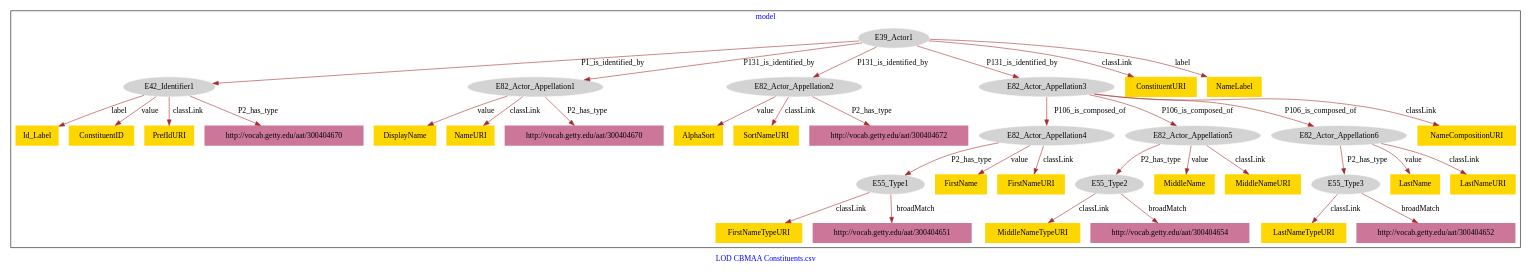
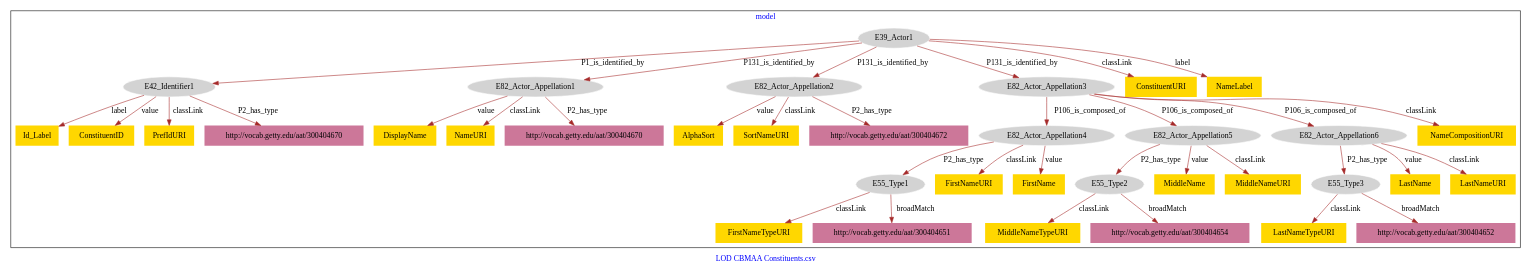
Before and after one commit to american-art/cbm: the diagram in CBMAA_Constituents/CBMAA_Constituents-model.dot, drawn with Graphviz.

Commit message:
Update file CBMAA_Constituents-model.dot

```diff
--- a/CBMAA_Constituents/CBMAA_Constituents-model.dot
+++ b/CBMAA_Constituents/CBMAA_Constituents-model.dot
@@ -1,79 +1,79 @@
 digraph n0 {
 fontcolor="blue"
 remincross="true"
 label="LOD CBMAA Constituents.csv"
 subgraph cluster {
 label="model"
 n2[style="filled",color="white",fillcolor="lightgray",label="E39_Actor1"];
 n3[style="filled",color="white",fillcolor="lightgray",label="E42_Identifier1"];
 n4[style="filled",color="white",fillcolor="lightgray",label="E82_Actor_Appellation1"];
 n5[style="filled",color="white",fillcolor="lightgray",label="E82_Actor_Appellation2"];
 n6[style="filled",color="white",fillcolor="lightgray",label="E82_Actor_Appellation3"];
 n7[style="filled",color="white",fillcolor="lightgray",label="E82_Actor_Appellation4"];
 n8[style="filled",color="white",fillcolor="lightgray",label="E82_Actor_Appellation5"];
 n9[style="filled",color="white",fillcolor="lightgray",label="E82_Actor_Appellation6"];
 n10[style="filled",color="white",fillcolor="lightgray",label="E55_Type1"];
 n11[style="filled",color="white",fillcolor="lightgray",label="E55_Type2"];
 n12[style="filled",color="white",fillcolor="lightgray",label="E55_Type3"];
-n13[shape="plaintext",style="filled",fillcolor="gold",label="FirstName"];
-n14[shape="plaintext",style="filled",fillcolor="gold",label="MiddleName"];
-n15[shape="plaintext",style="filled",fillcolor="gold",label="LastNameTypeURI"];
-n16[shape="plaintext",style="filled",fillcolor="gold",label="LastName"];
-n17[shape="plaintext",style="filled",fillcolor="gold",label="Id_Label"];
-n18[shape="plaintext",style="filled",fillcolor="gold",label="NameCompositionURI"];
-n19[shape="plaintext",style="filled",fillcolor="gold",label="ConstituentID"];
-n20[shape="plaintext",style="filled",fillcolor="gold",label="ConstituentURI"];
-n21[shape="plaintext",style="filled",fillcolor="gold",label="DisplayName"];
-n22[shape="plaintext",style="filled",fillcolor="gold",label="FirstNameURI"];
-n23[shape="plaintext",style="filled",fillcolor="gold",label="LastNameURI"];
-n24[shape="plaintext",style="filled",fillcolor="gold",label="PrefIdURI"];
-n25[shape="plaintext",style="filled",fillcolor="gold",label="MiddleNameURI"];
-n26[shape="plaintext",style="filled",fillcolor="gold",label="AlphaSort"];
-n27[shape="plaintext",style="filled",fillcolor="gold",label="MiddleNameTypeURI"];
-n28[shape="plaintext",style="filled",fillcolor="gold",label="NameLabel"];
-n29[shape="plaintext",style="filled",fillcolor="gold",label="FirstNameTypeURI"];
-n30[shape="plaintext",style="filled",fillcolor="gold",label="SortNameURI"];
-n31[shape="plaintext",style="filled",fillcolor="gold",label="NameURI"];
+n13[shape="plaintext",style="filled",fillcolor="gold",label="FirstNameURI"];
+n14[shape="plaintext",style="filled",fillcolor="gold",label="ConstituentURI"];
+n15[shape="plaintext",style="filled",fillcolor="gold",label="Id_Label"];
+n16[shape="plaintext",style="filled",fillcolor="gold",label="NameCompositionURI"];
+n17[shape="plaintext",style="filled",fillcolor="gold",label="MiddleName"];
+n18[shape="plaintext",style="filled",fillcolor="gold",label="LastName"];
+n19[shape="plaintext",style="filled",fillcolor="gold",label="AlphaSort"];
+n20[shape="plaintext",style="filled",fillcolor="gold",label="DisplayName"];
+n21[shape="plaintext",style="filled",fillcolor="gold",label="FirstName"];
+n22[shape="plaintext",style="filled",fillcolor="gold",label="FirstNameTypeURI"];
+n23[shape="plaintext",style="filled",fillcolor="gold",label="NameURI"];
+n24[shape="plaintext",style="filled",fillcolor="gold",label="ConstituentID"];
+n25[shape="plaintext",style="filled",fillcolor="gold",label="MiddleNameTypeURI"];
+n26[shape="plaintext",style="filled",fillcolor="gold",label="LastNameURI"];
+n27[shape="plaintext",style="filled",fillcolor="gold",label="LastNameTypeURI"];
+n28[shape="plaintext",style="filled",fillcolor="gold",label="SortNameURI"];
+n29[shape="plaintext",style="filled",fillcolor="gold",label="MiddleNameURI"];
+n30[shape="plaintext",style="filled",fillcolor="gold",label="NameLabel"];
+n31[shape="plaintext",style="filled",fillcolor="gold",label="PrefIdURI"];
 n32[shape="plaintext",style="filled",fillcolor="#CC7799",label="http://vocab.getty.edu/aat/300404670"];
 n33[shape="plaintext",style="filled",fillcolor="#CC7799",label="http://vocab.getty.edu/aat/300404651"];
 n34[shape="plaintext",style="filled",fillcolor="#CC7799",label="http://vocab.getty.edu/aat/300404672"];
 n35[shape="plaintext",style="filled",fillcolor="#CC7799",label="http://vocab.getty.edu/aat/300404670"];
 n36[shape="plaintext",style="filled",fillcolor="#CC7799",label="http://vocab.getty.edu/aat/300404654"];
 n37[shape="plaintext",style="filled",fillcolor="#CC7799",label="http://vocab.getty.edu/aat/300404652"];
 }
 n2 -> n3[color="brown",fontcolor="black",label="P1_is_identified_by"]
 n2 -> n4[color="brown",fontcolor="black",label="P131_is_identified_by"]
 n2 -> n5[color="brown",fontcolor="black",label="P131_is_identified_by"]
 n2 -> n6[color="brown",fontcolor="black",label="P131_is_identified_by"]
 n6 -> n7[color="brown",fontcolor="black",label="P106_is_composed_of"]
 n6 -> n8[color="brown",fontcolor="black",label="P106_is_composed_of"]
 n6 -> n9[color="brown",fontcolor="black",label="P106_is_composed_of"]
 n7 -> n10[color="brown",fontcolor="black",label="P2_has_type"]
 n8 -> n11[color="brown",fontcolor="black",label="P2_has_type"]
 n9 -> n12[color="brown",fontcolor="black",label="P2_has_type"]
-n7 -> n13[color="brown",fontcolor="black",label="value"]
-n8 -> n14[color="brown",fontcolor="black",label="value"]
-n12 -> n15[color="brown",fontcolor="black",label="classLink"]
-n9 -> n16[color="brown",fontcolor="black",label="value"]
-n3 -> n17[color="brown",fontcolor="black",label="label"]
-n6 -> n18[color="brown",fontcolor="black",label="classLink"]
-n3 -> n19[color="brown",fontcolor="black",label="value"]
-n2 -> n20[color="brown",fontcolor="black",label="classLink"]
-n4 -> n21[color="brown",fontcolor="black",label="value"]
-n7 -> n22[color="brown",fontcolor="black",label="classLink"]
-n9 -> n23[color="brown",fontcolor="black",label="classLink"]
-n3 -> n24[color="brown",fontcolor="black",label="classLink"]
-n8 -> n25[color="brown",fontcolor="black",label="classLink"]
-n5 -> n26[color="brown",fontcolor="black",label="value"]
-n11 -> n27[color="brown",fontcolor="black",label="classLink"]
-n2 -> n28[color="brown",fontcolor="black",label="label"]
-n10 -> n29[color="brown",fontcolor="black",label="classLink"]
-n5 -> n30[color="brown",fontcolor="black",label="classLink"]
-n4 -> n31[color="brown",fontcolor="black",label="classLink"]
+n7 -> n13[color="brown",fontcolor="black",label="classLink"]
+n2 -> n14[color="brown",fontcolor="black",label="classLink"]
+n3 -> n15[color="brown",fontcolor="black",label="label"]
+n6 -> n16[color="brown",fontcolor="black",label="classLink"]
+n8 -> n17[color="brown",fontcolor="black",label="value"]
+n9 -> n18[color="brown",fontcolor="black",label="value"]
+n5 -> n19[color="brown",fontcolor="black",label="value"]
+n4 -> n20[color="brown",fontcolor="black",label="value"]
+n7 -> n21[color="brown",fontcolor="black",label="value"]
+n10 -> n22[color="brown",fontcolor="black",label="classLink"]
+n4 -> n23[color="brown",fontcolor="black",label="classLink"]
+n3 -> n24[color="brown",fontcolor="black",label="value"]
+n11 -> n25[color="brown",fontcolor="black",label="classLink"]
+n9 -> n26[color="brown",fontcolor="black",label="classLink"]
+n12 -> n27[color="brown",fontcolor="black",label="classLink"]
+n5 -> n28[color="brown",fontcolor="black",label="classLink"]
+n8 -> n29[color="brown",fontcolor="black",label="classLink"]
+n2 -> n30[color="brown",fontcolor="black",label="label"]
+n3 -> n31[color="brown",fontcolor="black",label="classLink"]
 n4 -> n32[color="brown",fontcolor="black",label="P2_has_type"]
 n10 -> n33[color="brown",fontcolor="black",label="broadMatch"]
 n5 -> n34[color="brown",fontcolor="black",label="P2_has_type"]
 n3 -> n35[color="brown",fontcolor="black",label="P2_has_type"]
 n11 -> n36[color="brown",fontcolor="black",label="broadMatch"]
 n12 -> n37[color="brown",fontcolor="black",label="broadMatch"]
 }
```
